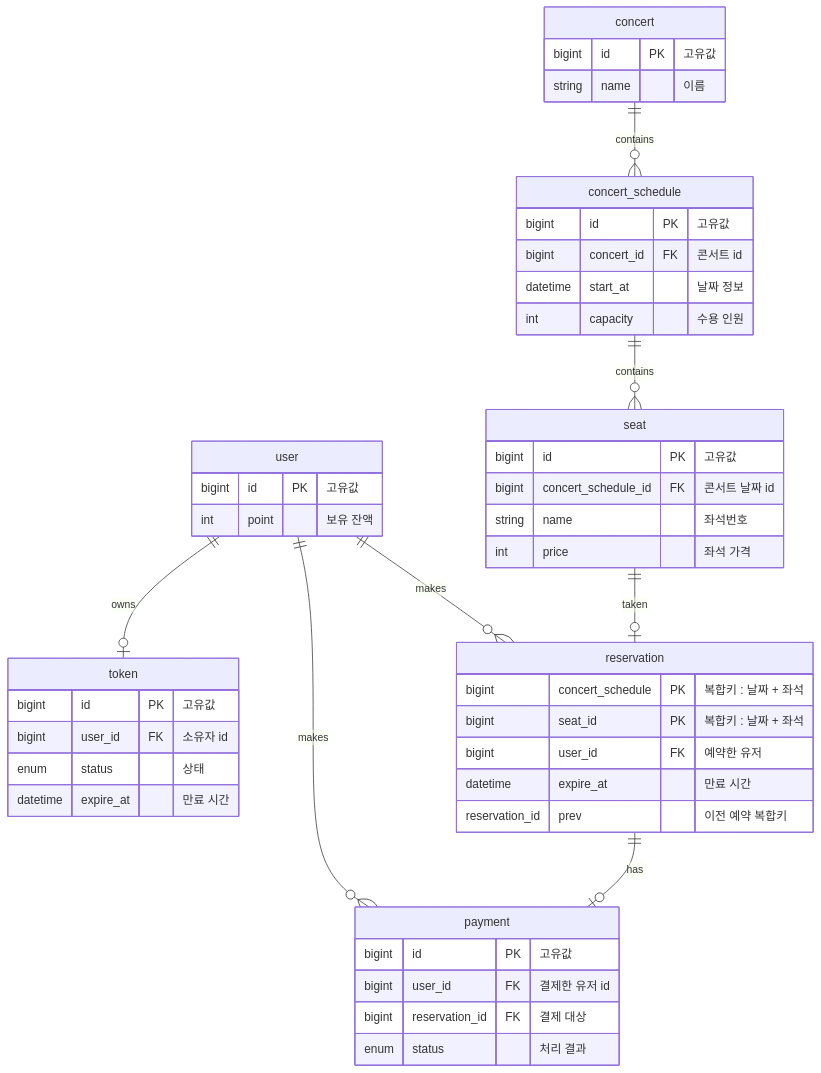
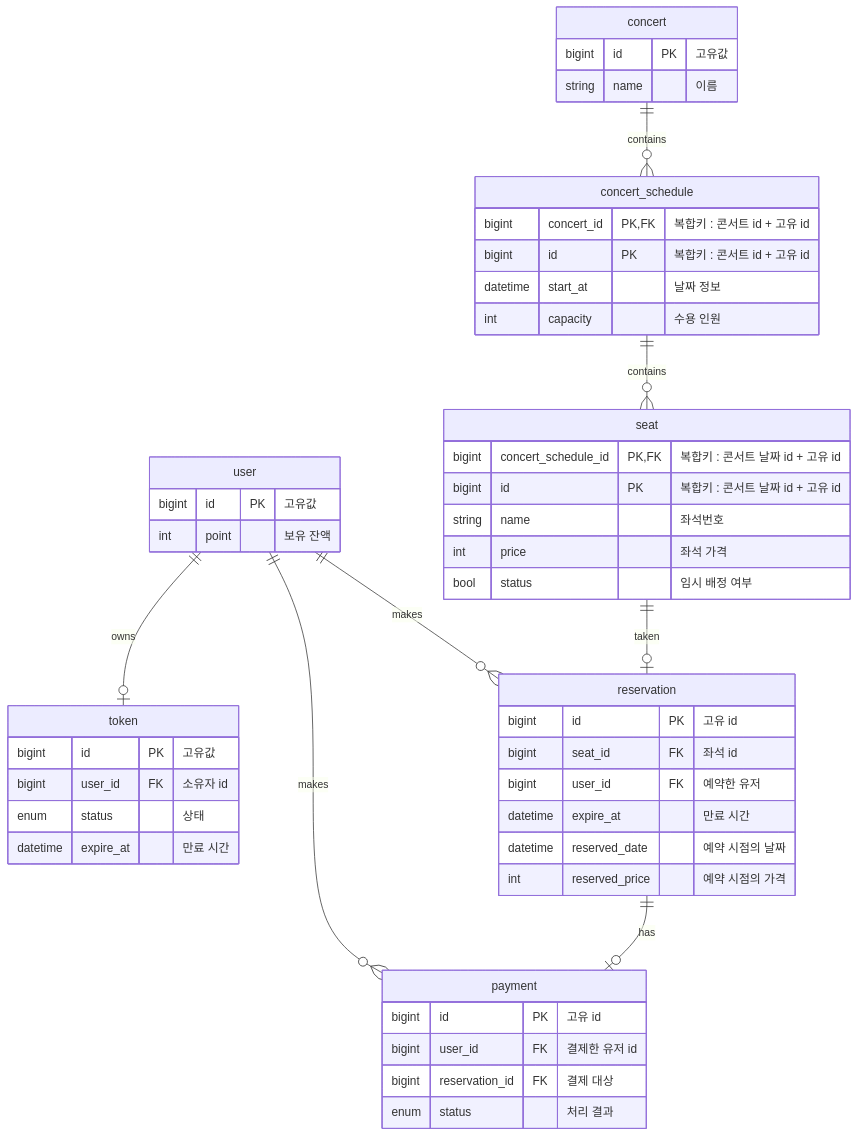
One commit to adiospain/hhplus-concert-reservation-service-java changed the diagram in docs/ERD.md. Above: the diagram before and after it, drawn with Mermaid.

Commit message:
DOCS : ERD 수정
- Seat 테이블에서 복합키 사용
- Reservation 테이블에 반정규화 필드(예약 시점의 날짜, 예약 시점의 가격) 사용

````diff
--- a/docs/ERD.md
+++ b/docs/ERD.md
@@ -1,52 +1,55 @@
 ```mermaid
 erDiagram
 
 	user{
 		bigint id PK "고유값"
 		int point "보유 잔액"
 	}
 	payment {
-		bigint id PK "고유값"
+		bigint id PK "고유 id"
 		bigint user_id FK "결제한 유저 id"
 		bigint reservation_id FK "결제 대상"
 		enum status "처리 결과"
 	}
 	token {
 		bigint id PK "고유값"
 		bigint user_id FK "소유자 id"
 		enum status "상태"
 		datetime expire_at "만료 시간"
 	}
 	concert{
 		bigint id PK "고유값"
 		string name "이름"
 	}
 	concert_schedule{
-		bigint id PK "고유값"
-		bigint concert_id FK "콘서트 id"
+        bigint concert_id PK,FK "복합키 : 콘서트 id + 고유 id"
+		bigint id PK "복합키 : 콘서트 id + 고유 id"
 		datetime start_at "날짜 정보"
 		int capacity "수용 인원"
 	}
 	seat{
-		bigint id PK "고유값"
-		bigint concert_schedule_id FK "콘서트 날짜 id"
+        bigint concert_schedule_id PK,FK "복합키 : 콘서트 날짜 id + 고유 id"
+		bigint id PK "복합키 : 콘서트 날짜 id + 고유 id"
+		
 		string name "좌석번호"
-		int price "좌석 가격"	
+		int price "좌석 가격"
+		bool status "임시 배정 여부"
 	}
 	reservation{
-		bigint concert_schedule PK "복합키 : 날짜 + 좌석"
-		bigint seat_id PK "복합키 : 날짜 + 좌석"
+	    bigint id PK "고유 id"
+		bigint seat_id FK "좌석 id"
 		bigint user_id FK "예약한 유저"
 		datetime expire_at "만료 시간"
-		reservation_id prev "이전 예약 복합키"
+        datetime  reserved_date "예약 시점의 날짜"
+		int reserved_price "예약 시점의 가격"
 	}
 	
 
 	user ||--o{ payment : makes
 	user ||--o{ reservation : makes
 	concert ||--o{ concert_schedule : contains
 	concert_schedule ||--o{ seat : contains
 	reservation ||--o| payment : has
 	user ||--o| token : owns
 	seat ||--o| reservation : taken
 ```
````
